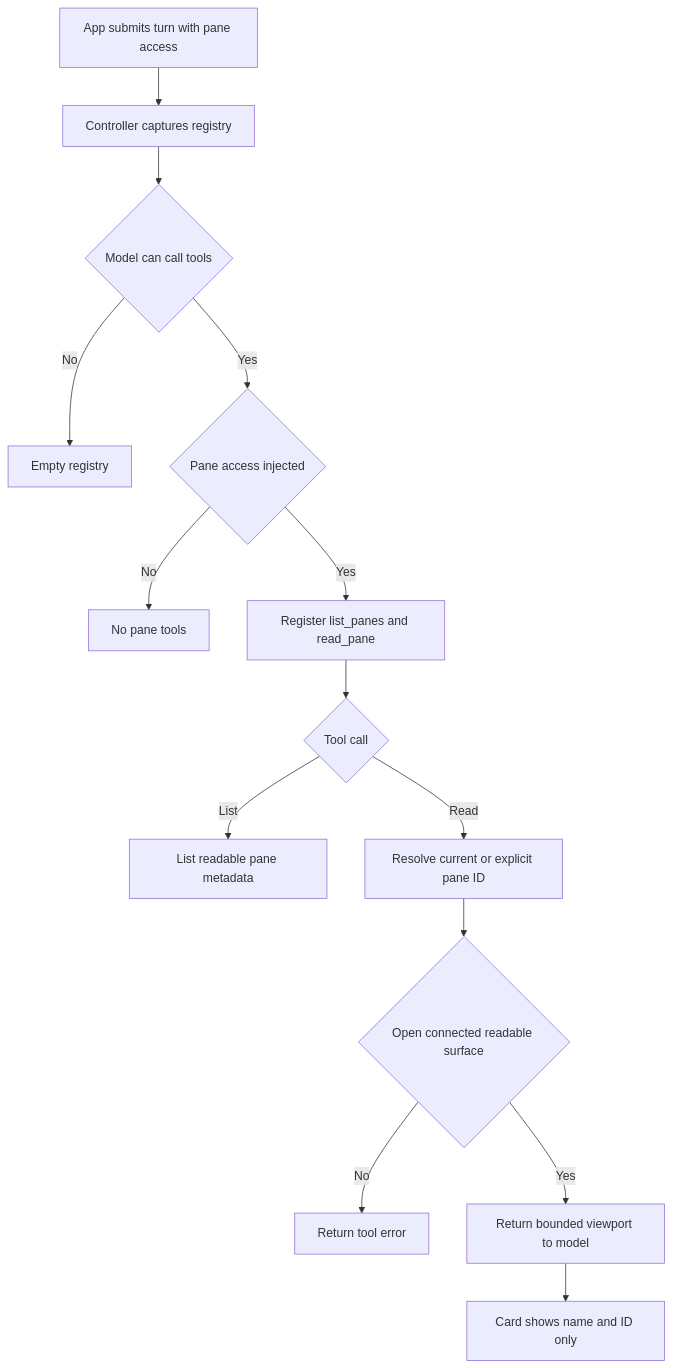
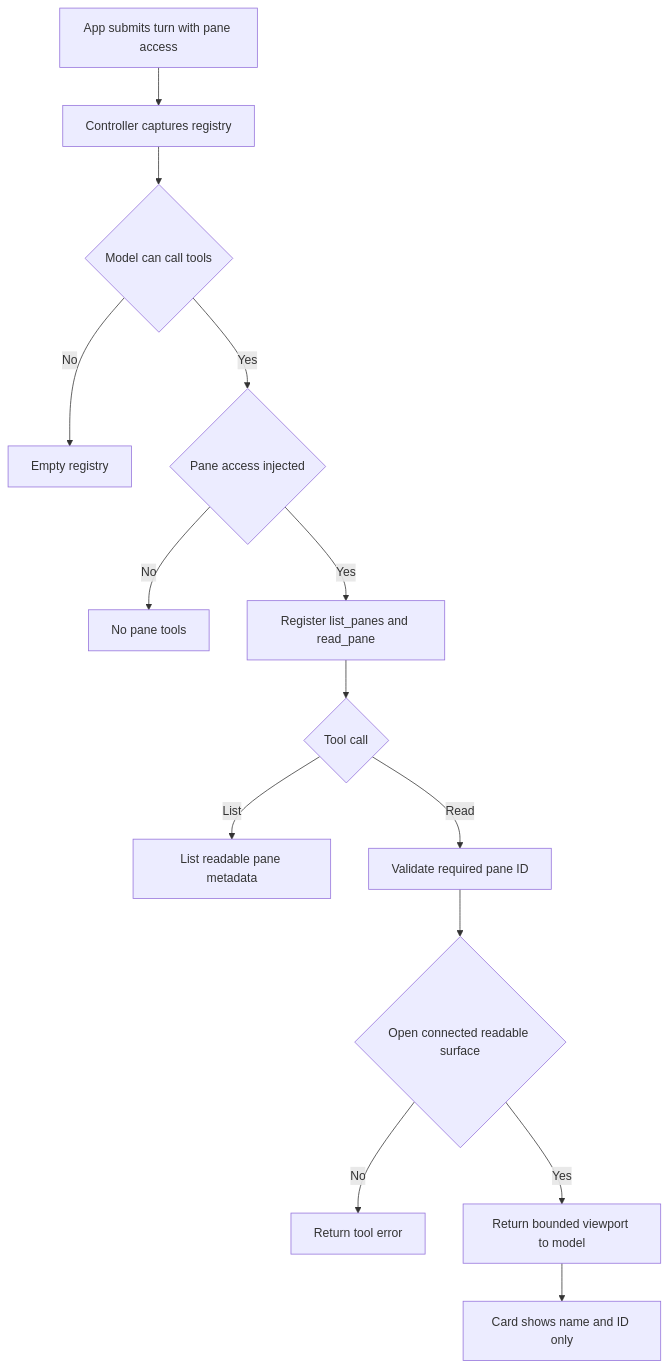
Before and after one commit to AkinoKaede/Termind: the second of 6 diagrams in openwiki/concepts/agent-runtime-and-assistant.md, drawn with Mermaid. The commit also changed other lines of this file and 70 other files, not shown here.

````diff
--- a/openwiki/concepts/agent-runtime-and-assistant.md
+++ b/openwiki/concepts/agent-runtime-and-assistant.md
@@ -163,16 +166,16 @@
 ```mermaid
 flowchart TD
     Submit["App submits turn with pane access"] --> Capture["Controller captures registry"]
     Capture --> Capable{"Model can call tools"}
     Capable -->|No| Empty["Empty registry"]
     Capable -->|Yes| Injected{"Pane access injected"}
     Injected -->|No| Other["No pane tools"]
     Injected -->|Yes| Pane["Register list_panes and read_pane"]
     Pane --> Call{"Tool call"}
     Call -->|List| Metadata["List readable pane metadata"]
-    Call -->|Read| Resolve["Resolve current or explicit pane ID"]
+    Call -->|Read| Resolve["Validate required pane ID"]
     Resolve --> Readable{"Open connected readable surface"}
     Readable -->|No| Refuse["Return tool error"]
     Readable -->|Yes| Viewport["Return bounded viewport to model"]
     Viewport --> Card["Card shows name and ID only"]
 ```
````
